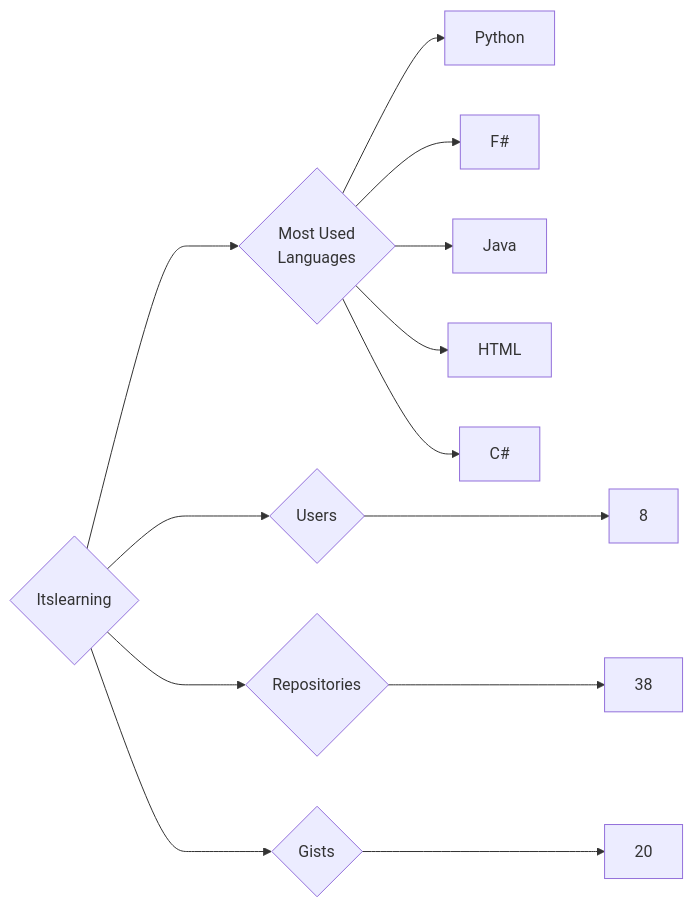
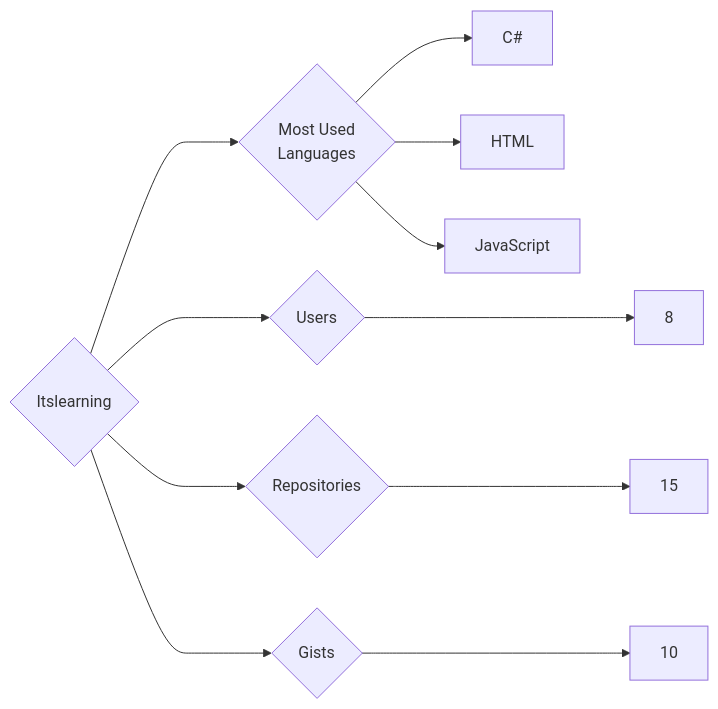
The diagram in targets/Itslearning/README.md (trickest/insiders), drawn with Mermaid before and after one commit. The commit also changed 872 other files, not shown here.

````diff
--- a/targets/Itslearning/README.md
+++ b/targets/Itslearning/README.md
@@ -3,13 +3,11 @@
 ```mermaid
 graph LR
 COMPANY_NAME{Itslearning}
 COMPANY_NAME ---> U{Users} ---> UN[8]
-COMPANY_NAME ---> R{Repositories} ---> RN[38]
-COMPANY_NAME ---> G{Gists} ---> GN[20]
+COMPANY_NAME ---> R{Repositories} ---> RN[15]
+COMPANY_NAME ---> G{Gists} ---> GN[10]
 COMPANY_NAME ---> ML{Most Used<br>Languages}
-ML --> Python[Python]
-ML --> F#[F#]
-ML --> Java[Java]
+ML --> C#[C#]
 ML --> HTML[HTML]
-ML --> C#[C#]
+ML --> JavaScript[JavaScript]
 ```
````
